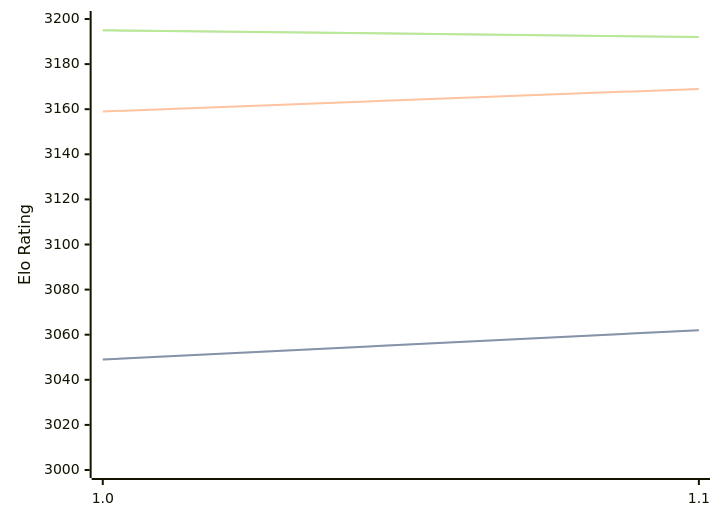
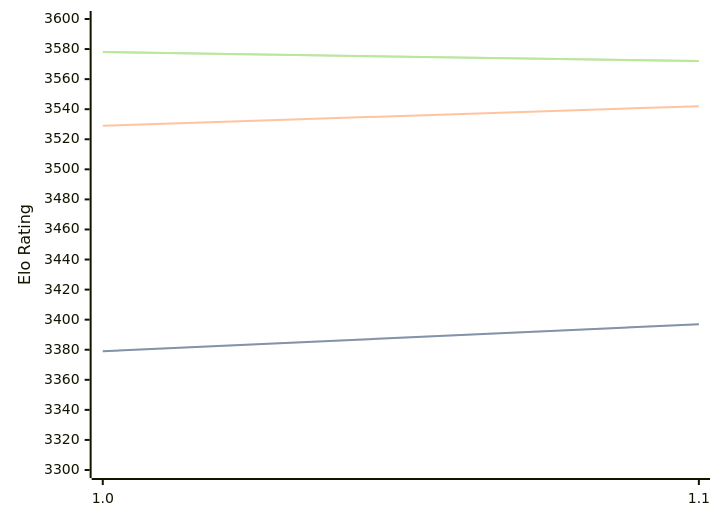
Before and after one commit to computer-chess-index/cci: the diagram in engines/Horsie.md, drawn with Mermaid. The commit also changed other lines of this file, not shown here.

Commit message:
Update CCI Ratings (ELO VLTC) - 2026-02-24

````diff
--- a/engines/Horsie.md
+++ b/engines/Horsie.md
@@ -29,11 +30,11 @@
 ```mermaid
 %%{init: {"theme":"base","themeVariables":{"seriesColors:['#a3a3a3','#222221','#faa371']}}}%%
 xychart-beta
   x-axis ["1.0", "1.1"]
-  y-axis "Elo Rating" 3000 --> 3200
-  line "STC (8.0+0.08s)" [3049, 3062]
-  line "STC (8.0+0.08s)" [3049, 3062]
-  line "LTC (60.0+0.60s)" [3159, 3169]
-  line "VLTC (2m24s+1.12s)" [3195, 3192]
-  line "VLTC (2m24s+1.12s)" [3195, 3192]
+  y-axis "Elo Rating" 3300 --> 3600
+  line "STC (8.0+0.08s)" [3379, 3397]
+  line "STC (8.0+0.08s)" [3379, 3397]
+  line "LTC (60.0+0.60s)" [3529, 3542]
+  line "VLTC (2m24s+1.12s)" [3578, 3572]
+  line "VLTC (2m24s+1.12s)" [3578, 3572]
 ```
````
